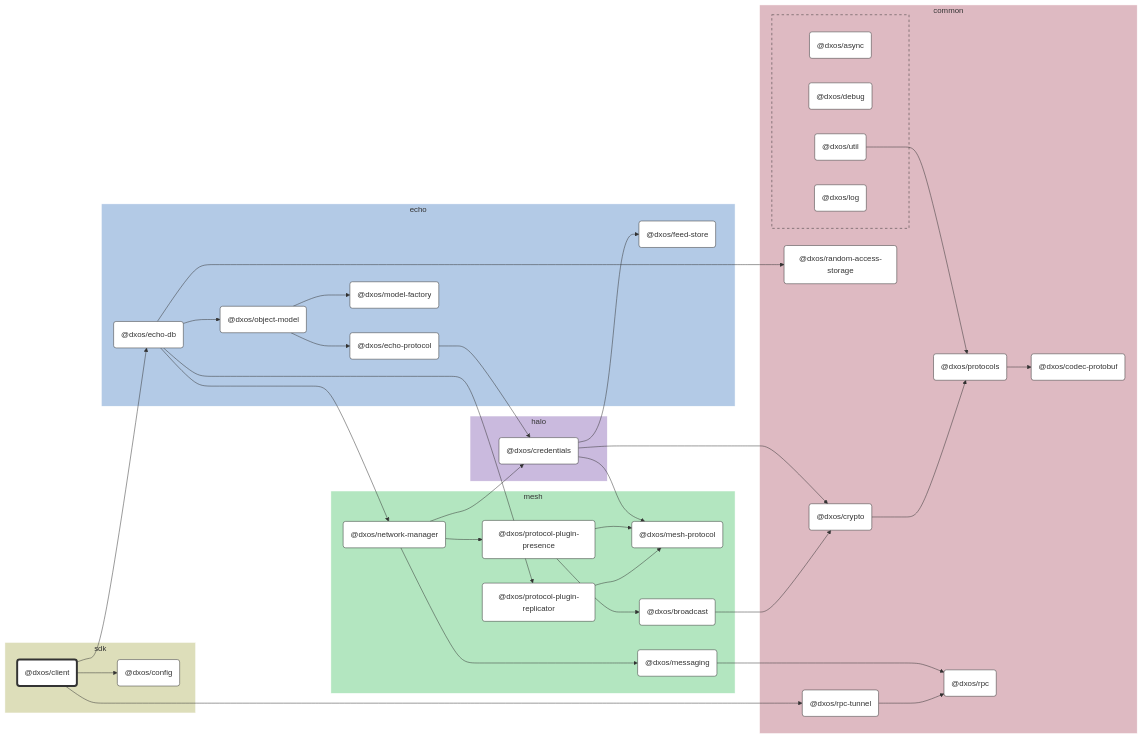
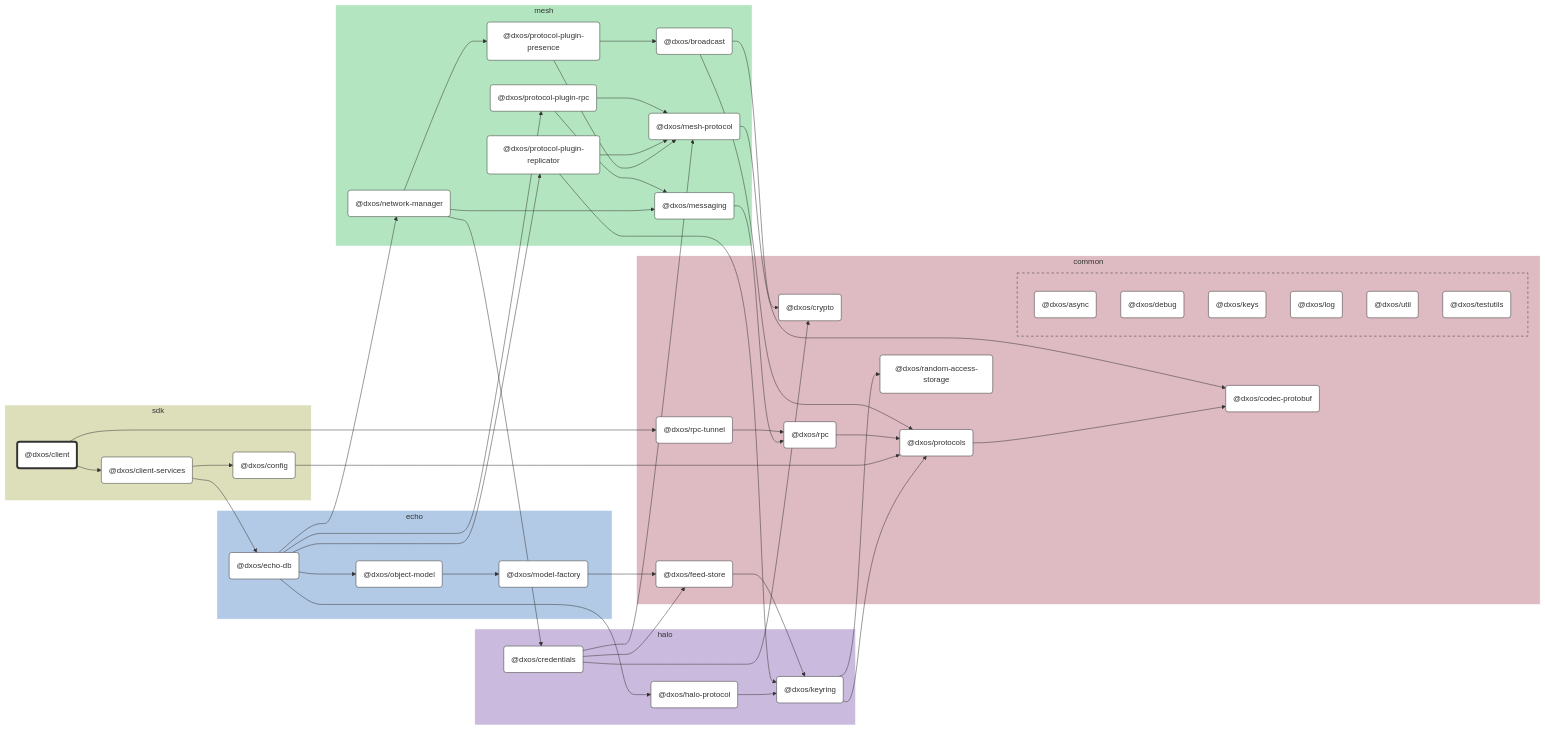
One commit to dxos/dxos changed the diagram in packages/sdk/client/docs/README.md. Above: the diagram before and after it, drawn with Mermaid. The commit also changed other lines of this file and 52 other files, not shown here.

````diff
--- a/packages/sdk/client/docs/README.md
+++ b/packages/sdk/client/docs/README.md
@@ -19,6 +19,8 @@
   style sdk fill:#dddeba,stroke:#fff
   dxos/client("@dxos/client"):::root
   click dxos/client "dxos/dxos/tree/main/packages/sdk/client/docs"
+  dxos/client-services("@dxos/client-services"):::def
+  click dxos/client-services "dxos/dxos/tree/main/packages/sdk/client-services/docs"
   dxos/config("@dxos/config"):::def
   click dxos/config "dxos/dxos/tree/main/packages/sdk/config/docs"
 end
@@ -27,14 +29,16 @@
   style common fill:#debac2,stroke:#fff
   dxos/codec-protobuf("@dxos/codec-protobuf"):::def
   click dxos/codec-protobuf "dxos/dxos/tree/main/packages/common/codec-protobuf/docs"
+  dxos/crypto("@dxos/crypto"):::def
+  click dxos/crypto "dxos/dxos/tree/main/packages/common/crypto/docs"
+  dxos/feed-store("@dxos/feed-store"):::def
+  click dxos/feed-store "dxos/dxos/tree/main/packages/common/feed-store/docs"
   dxos/protocols("@dxos/protocols"):::def
   click dxos/protocols "dxos/dxos/tree/main/packages/common/protocols/docs"
-  dxos/crypto("@dxos/crypto"):::def
-  click dxos/crypto "dxos/dxos/tree/main/packages/common/crypto/docs"
+  dxos/random-access-storage("@dxos/random-access-storage"):::def
+  click dxos/random-access-storage "dxos/dxos/tree/main/packages/common/random-access-storage/docs"
   dxos/rpc("@dxos/rpc"):::def
   click dxos/rpc "dxos/dxos/tree/main/packages/common/rpc/docs"
-  dxos/random-access-storage("@dxos/random-access-storage"):::def
-  click dxos/random-access-storage "dxos/dxos/tree/main/packages/common/random-access-storage/docs"
   dxos/rpc-tunnel("@dxos/rpc-tunnel"):::def
   click dxos/rpc-tunnel "dxos/dxos/tree/main/packages/common/rpc-tunnel/docs"
 
@@ -44,31 +48,25 @@
     click dxos/async "dxos/dxos/tree/main/packages/common/async/docs"
     dxos/debug("@dxos/debug"):::def
     click dxos/debug "dxos/dxos/tree/main/packages/common/debug/docs"
+    dxos/keys("@dxos/keys"):::def
+    click dxos/keys "dxos/dxos/tree/main/packages/common/keys/docs"
+    dxos/log("@dxos/log"):::def
+    click dxos/log "dxos/dxos/tree/main/packages/common/log/docs"
     dxos/util("@dxos/util"):::def
     click dxos/util "dxos/dxos/tree/main/packages/common/util/docs"
-    dxos/log("@dxos/log"):::def
-    click dxos/log "dxos/dxos/tree/main/packages/common/log/docs"
+    dxos/testutils("@dxos/testutils"):::def
+    click dxos/testutils "dxos/dxos/tree/main/packages/common/testutils/docs"
   end
-end
-
-subgraph echo [echo]
-  style echo fill:#b3cae6,stroke:#fff
-  dxos/echo-db("@dxos/echo-db"):::def
-  click dxos/echo-db "dxos/dxos/tree/main/packages/echo/echo-db/docs"
-  dxos/feed-store("@dxos/feed-store"):::def
-  click dxos/feed-store "dxos/dxos/tree/main/packages/echo/feed-store/docs"
-  dxos/echo-protocol("@dxos/echo-protocol"):::def
-  click dxos/echo-protocol "dxos/dxos/tree/main/packages/echo/echo-protocol/docs"
-  dxos/model-factory("@dxos/model-factory"):::def
-  click dxos/model-factory "dxos/dxos/tree/main/packages/echo/model-factory/docs"
-  dxos/object-model("@dxos/object-model"):::def
-  click dxos/object-model "dxos/dxos/tree/main/packages/echo/object-model/docs"
 end
 
 subgraph halo [halo]
   style halo fill:#cabade,stroke:#fff
   dxos/credentials("@dxos/credentials"):::def
   click dxos/credentials "dxos/dxos/tree/main/packages/halo/credentials/docs"
+  dxos/keyring("@dxos/keyring"):::def
+  click dxos/keyring "dxos/dxos/tree/main/packages/halo/keyring/docs"
+  dxos/halo-protocol("@dxos/halo-protocol"):::def
+  click dxos/halo-protocol "dxos/dxos/tree/main/packages/halo/halo-protocol/docs"
 end
 
 subgraph mesh [mesh]
@@ -85,33 +83,55 @@
   click dxos/broadcast "dxos/dxos/tree/main/packages/mesh/broadcast/docs"
   dxos/protocol-plugin-replicator("@dxos/protocol-plugin-replicator"):::def
   click dxos/protocol-plugin-replicator "dxos/dxos/tree/main/packages/mesh/protocol-plugin-replicator/docs"
+  dxos/protocol-plugin-rpc("@dxos/protocol-plugin-rpc"):::def
+  click dxos/protocol-plugin-rpc "dxos/dxos/tree/main/packages/mesh/protocol-plugin-rpc/docs"
+end
+
+subgraph echo [echo]
+  style echo fill:#b3cae6,stroke:#fff
+  dxos/echo-db("@dxos/echo-db"):::def
+  click dxos/echo-db "dxos/dxos/tree/main/packages/echo/echo-db/docs"
+  dxos/model-factory("@dxos/model-factory"):::def
+  click dxos/model-factory "dxos/dxos/tree/main/packages/echo/model-factory/docs"
+  dxos/object-model("@dxos/object-model"):::def
+  click dxos/object-model "dxos/dxos/tree/main/packages/echo/object-model/docs"
 end
 
 %% Links
 linkStyle default stroke:#333,stroke-width:1px
-dxos/client --> dxos/config
+dxos/client --> dxos/client-services
+dxos/credentials --> dxos/crypto
+dxos/credentials --> dxos/feed-store
+dxos/feed-store --> dxos/keyring
+dxos/keyring --> dxos/protocols
 dxos/protocols --> dxos/codec-protobuf
-dxos/util --> dxos/protocols
-dxos/client --> dxos/echo-db
-dxos/credentials --> dxos/crypto
-dxos/crypto --> dxos/protocols
-dxos/credentials --> dxos/feed-store
+dxos/keyring --> dxos/random-access-storage
 dxos/credentials --> dxos/mesh-protocol
-dxos/echo-protocol --> dxos/credentials
+dxos/mesh-protocol --> dxos/codec-protobuf
+dxos/client-services --> dxos/config
+dxos/config --> dxos/protocols
+dxos/client-services --> dxos/echo-db
+dxos/echo-db --> dxos/halo-protocol
+dxos/halo-protocol --> dxos/keyring
 dxos/messaging --> dxos/rpc
+dxos/rpc --> dxos/protocols
+dxos/model-factory --> dxos/feed-store
 dxos/echo-db --> dxos/network-manager
 dxos/network-manager --> dxos/credentials
 dxos/network-manager --> dxos/messaging
 dxos/network-manager --> dxos/protocol-plugin-presence
 dxos/protocol-plugin-presence --> dxos/broadcast
 dxos/broadcast --> dxos/crypto
+dxos/broadcast --> dxos/protocols
 dxos/protocol-plugin-presence --> dxos/mesh-protocol
 dxos/echo-db --> dxos/object-model
-dxos/object-model --> dxos/echo-protocol
 dxos/object-model --> dxos/model-factory
 dxos/echo-db --> dxos/protocol-plugin-replicator
+dxos/protocol-plugin-replicator --> dxos/keyring
 dxos/protocol-plugin-replicator --> dxos/mesh-protocol
-dxos/echo-db --> dxos/random-access-storage
+dxos/echo-db --> dxos/protocol-plugin-rpc
+dxos/protocol-plugin-rpc --> dxos/messaging
+dxos/protocol-plugin-rpc --> dxos/mesh-protocol
 dxos/client --> dxos/rpc-tunnel
 dxos/rpc-tunnel --> dxos/rpc
 ```
````
